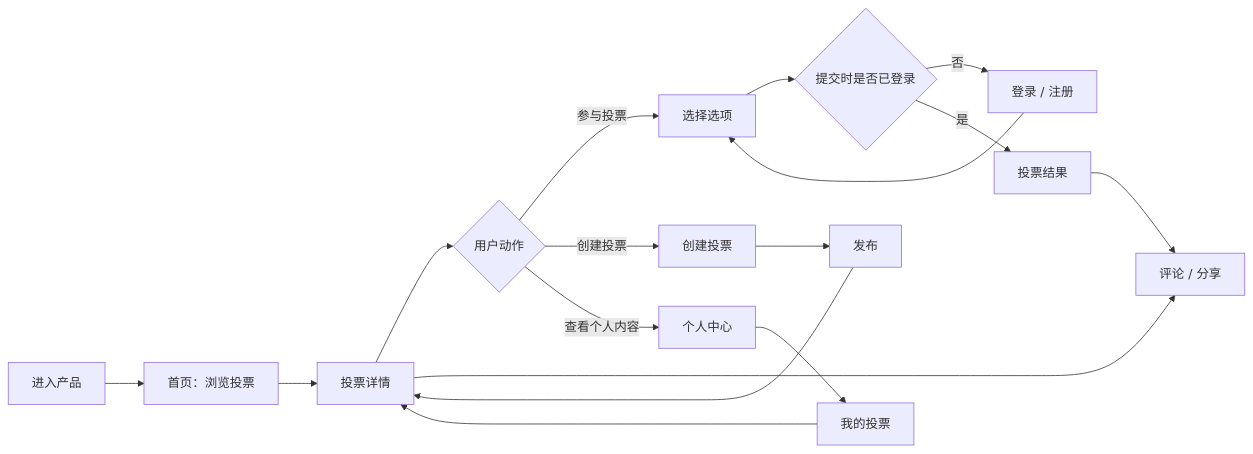
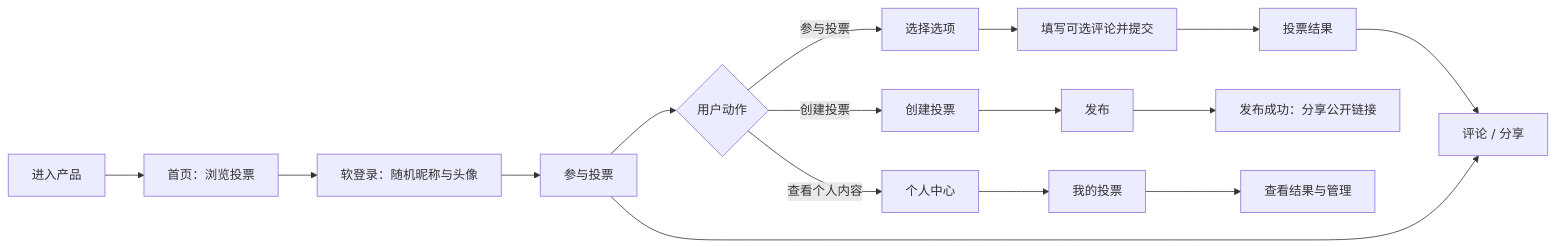
One commit to sd5913/The-Aliien-Repo changed the first of 7 diagrams in docs/PRD.md. Above: the diagram before and after it, drawn with Mermaid. The commit also changed other lines of this file and 2 other files, not shown here.

Commit message:
feat: update User Flow documentation to include soft login process and add English version

````diff
--- a/docs/PRD.md
+++ b/docs/PRD.md
@@ -108,19 +108,18 @@
 ```mermaid
 flowchart LR
     A[进入产品] --> B[首页：浏览投票]
-    B --> C[投票详情]
+    B --> SL[软登录：随机昵称与头像]
+    SL --> C[参与投票]
     C --> D{用户动作}
     D -->|参与投票| E[选择选项]
-    E --> F{提交时是否已登录}
-    F -->|否| G[登录 / 注册]
-    G --> E
-    F -->|是| H[投票结果]
+    E --> F[填写可选评论并提交]
+    F --> H[投票结果]
     D -->|创建投票| I[创建投票]
     I --> J[发布]
-    J --> C
+    J --> J1[发布成功：分享公开链接]
     D -->|查看个人内容| K[个人中心]
     K --> L[我的投票]
-    L --> C
+    L --> L1[查看结果与管理]
     H --> M[评论 / 分享]
     C --> M
 ```
````
